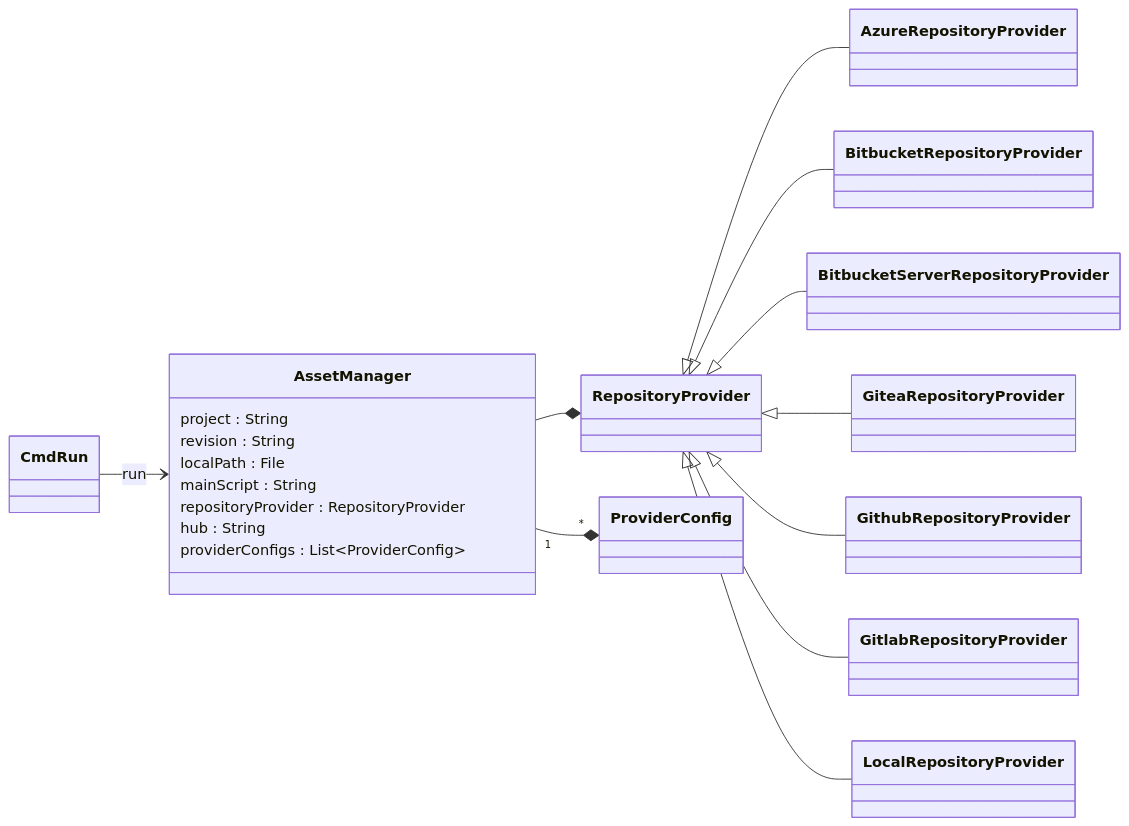
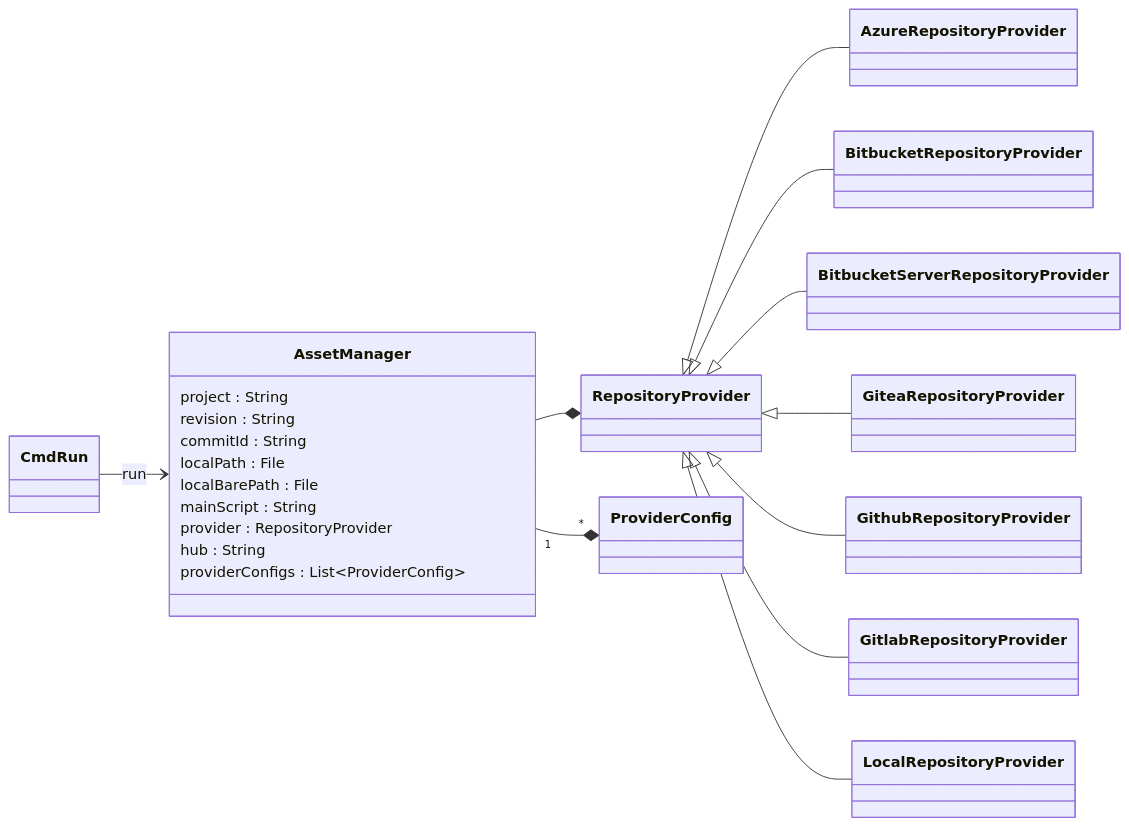
The diagram in docs/developer/diagrams/nextflow.scm.mmd (nextflow-io/nextflow), drawn with Mermaid before and after one commit.

```diff
--- a/docs/developer/diagrams/nextflow.scm.mmd
+++ b/docs/developer/diagrams/nextflow.scm.mmd
@@ -1,27 +1,29 @@
 classDiagram
     %%
     %% nextflow.scm
     %%
     direction LR
 
     CmdRun --> AssetManager : run
 
     class AssetManager {
         project : String
         revision : String
+        commitId : String
         localPath : File
+        localBarePath : File
         mainScript : String
-        repositoryProvider : RepositoryProvider
+        provider : RepositoryProvider
         hub : String
         providerConfigs : List~ProviderConfig~
     }
     AssetManager --* RepositoryProvider
     AssetManager "1" --* "*" ProviderConfig
 
     RepositoryProvider <|-- AzureRepositoryProvider
     RepositoryProvider <|-- BitbucketRepositoryProvider
     RepositoryProvider <|-- BitbucketServerRepositoryProvider
     RepositoryProvider <|-- GiteaRepositoryProvider
     RepositoryProvider <|-- GithubRepositoryProvider
     RepositoryProvider <|-- GitlabRepositoryProvider
     RepositoryProvider <|-- LocalRepositoryProvider
```
